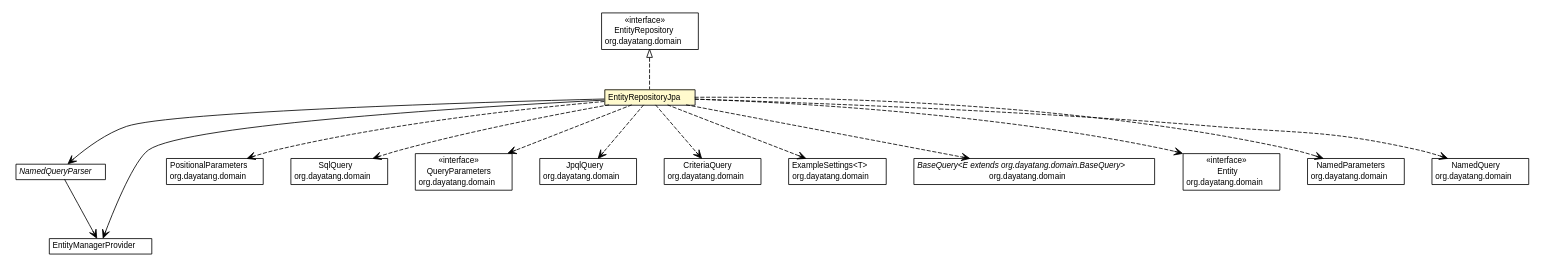
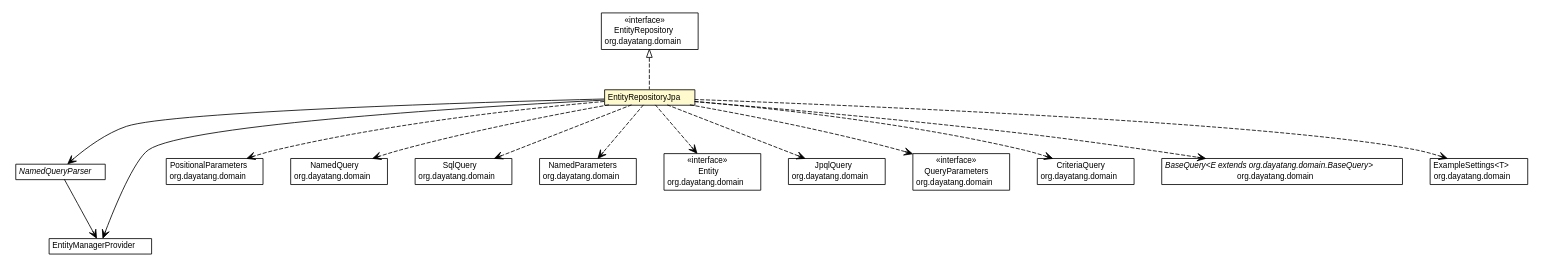
One commit to dayatang/dddlib changed the diagram in dddlib-persistence/dddlib-persistence-jpa/apidocs/org/dayatang/persistence/jpa/EntityRepositoryJpa.dot. Above: the diagram before and after it, drawn with Graphviz. The commit also changed 70 other files, not shown here.

```diff
--- a/dddlib-persistence/dddlib-persistence-jpa/apidocs/org/dayatang/persistence/jpa/EntityRepositoryJpa.dot
+++ b/dddlib-persistence/dddlib-persistence-jpa/apidocs/org/dayatang/persistence/jpa/EntityRepositoryJpa.dot
@@ -37,45 +37,52 @@
 	c52:p -> c53:p [taillabel="", label=" "headlabel="", fontname="Helvetica", fontcolor="black", fontsize=10.0, color="black", arrowhead=open];
 	// org.dayatang.persistence.jpa.EntityRepositoryJpa DEPEND org.dayatang.domain.PositionalParameters
 	c52:p -> c58:p [taillabel="", label=" "headlabel="", fontname="Helvetica", fontcolor="black", fontsize=10.0, color="black", arrowhead=open, style=dashed];
+	// org.dayatang.persistence.jpa.EntityRepositoryJpa DEPEND org.dayatang.domain.NamedQuery
+	c52:p -> c59:p [taillabel="", label=" "headlabel="", fontname="Helvetica", fontcolor="black", fontsize=10.0, color="black", arrowhead=open, style=dashed];
 	// org.dayatang.persistence.jpa.EntityRepositoryJpa DEPEND org.dayatang.domain.SqlQuery
-	c52:p -> c59:p [taillabel="", label=" "headlabel="", fontname="Helvetica", fontcolor="black", fontsize=10.0, color="black", arrowhead=open, style=dashed];
+	c52:p -> c60:p [taillabel="", label=" "headlabel="", fontname="Helvetica", fontcolor="black", fontsize=10.0, color="black", arrowhead=open, style=dashed];
+	// org.dayatang.persistence.jpa.EntityRepositoryJpa DEPEND org.dayatang.domain.NamedParameters
+	c52:p -> c61:p [taillabel="", label=" "headlabel="", fontname="Helvetica", fontcolor="black", fontsize=10.0, color="black", arrowhead=open, style=dashed];
+	// org.dayatang.persistence.jpa.EntityRepositoryJpa DEPEND org.dayatang.domain.Entity
+	c52:p -> c62:p [taillabel="", label=" "headlabel="", fontname="Helvetica", fontcolor="black", fontsize=10.0, color="black", arrowhead=open, style=dashed];
+	// org.dayatang.persistence.jpa.EntityRepositoryJpa DEPEND org.dayatang.domain.JpqlQuery
+	c52:p -> c63:p [taillabel="", label=" "headlabel="", fontname="Helvetica", fontcolor="black", fontsize=10.0, color="black", arrowhead=open, style=dashed];
 	// org.dayatang.persistence.jpa.EntityRepositoryJpa DEPEND org.dayatang.domain.QueryParameters
-	c52:p -> c60:p [taillabel="", label=" "headlabel="", fontname="Helvetica", fontcolor="black", fontsize=10.0, color="black", arrowhead=open, style=dashed];
-	// org.dayatang.persistence.jpa.EntityRepositoryJpa DEPEND org.dayatang.domain.JpqlQuery
-	c52:p -> c61:p [taillabel="", label=" "headlabel="", fontname="Helvetica", fontcolor="black", fontsize=10.0, color="black", arrowhead=open, style=dashed];
+	c52:p -> c64:p [taillabel="", label=" "headlabel="", fontname="Helvetica", fontcolor="black", fontsize=10.0, color="black", arrowhead=open, style=dashed];
 	// org.dayatang.persistence.jpa.EntityRepositoryJpa DEPEND org.dayatang.domain.CriteriaQuery
-	c52:p -> c62:p [taillabel="", label=" "headlabel="", fontname="Helvetica", fontcolor="black", fontsize=10.0, color="black", arrowhead=open, style=dashed];
+	c52:p -> c65:p [taillabel="", label=" "headlabel="", fontname="Helvetica", fontcolor="black", fontsize=10.0, color="black", arrowhead=open, style=dashed];
+	// org.dayatang.persistence.jpa.EntityRepositoryJpa DEPEND org.dayatang.domain.BaseQuery<E extends org.dayatang.domain.BaseQuery>
+	c52:p -> c66:p [taillabel="", label=" "headlabel="", fontname="Helvetica", fontcolor="black", fontsize=10.0, color="black", arrowhead=open, style=dashed];
 	// org.dayatang.persistence.jpa.EntityRepositoryJpa DEPEND org.dayatang.domain.ExampleSettings<T>
-	c52:p -> c63:p [taillabel="", label=" "headlabel="", fontname="Helvetica", fontcolor="black", fontsize=10.0, color="black", arrowhead=open, style=dashed];
-	// org.dayatang.persistence.jpa.EntityRepositoryJpa DEPEND org.dayatang.domain.BaseQuery<E extends org.dayatang.domain.BaseQuery>
-	c52:p -> c64:p [taillabel="", label=" "headlabel="", fontname="Helvetica", fontcolor="black", fontsize=10.0, color="black", arrowhead=open, style=dashed];
-	// org.dayatang.persistence.jpa.EntityRepositoryJpa DEPEND org.dayatang.domain.Entity
-	c52:p -> c65:p [taillabel="", label=" "headlabel="", fontname="Helvetica", fontcolor="black", fontsize=10.0, color="black", arrowhead=open, style=dashed];
-	// org.dayatang.persistence.jpa.EntityRepositoryJpa DEPEND org.dayatang.domain.NamedParameters
-	c52:p -> c66:p [taillabel="", label=" "headlabel="", fontname="Helvetica", fontcolor="black", fontsize=10.0, color="black", arrowhead=open, style=dashed];
-	// org.dayatang.persistence.jpa.EntityRepositoryJpa DEPEND org.dayatang.domain.NamedQuery
 	c52:p -> c67:p [taillabel="", label=" "headlabel="", fontname="Helvetica", fontcolor="black", fontsize=10.0, color="black", arrowhead=open, style=dashed];
 	// org.dayatang.domain.NamedParameters
-	c66 [label=<<table title="org.dayatang.domain.NamedParameters" border="0" cellborder="1" cellspacing="0" cellpadding="2" port="p" href="http://java.sun.com/j2se/1.4.2/docs/api/org/dayatang/domain/NamedParameters.html">
+	c61 [label=<<table title="org.dayatang.domain.NamedParameters" border="0" cellborder="1" cellspacing="0" cellpadding="2" port="p" href="http://java.sun.com/j2se/1.4.2/docs/api/org/dayatang/domain/NamedParameters.html">
 		<tr><td><table border="0" cellspacing="0" cellpadding="1">
 <tr><td align="center" balign="center"> NamedParameters </td></tr>
 <tr><td align="center" balign="center"> org.dayatang.domain </td></tr>
 		</table></td></tr>
 		</table>>, URL="http://java.sun.com/j2se/1.4.2/docs/api/org/dayatang/domain/NamedParameters.html", fontname="Helvetica", fontcolor="black", fontsize=10.0];
 	// org.dayatang.domain.ExampleSettings<T>
-	c63 [label=<<table title="org.dayatang.domain.ExampleSettings" border="0" cellborder="1" cellspacing="0" cellpadding="2" port="p" href="http://java.sun.com/j2se/1.4.2/docs/api/org/dayatang/domain/ExampleSettings.html">
+	c67 [label=<<table title="org.dayatang.domain.ExampleSettings" border="0" cellborder="1" cellspacing="0" cellpadding="2" port="p" href="http://java.sun.com/j2se/1.4.2/docs/api/org/dayatang/domain/ExampleSettings.html">
 		<tr><td><table border="0" cellspacing="0" cellpadding="1">
 <tr><td align="center" balign="center"> ExampleSettings&lt;T&gt; </td></tr>
 <tr><td align="center" balign="center"> org.dayatang.domain </td></tr>
 		</table></td></tr>
 		</table>>, URL="http://java.sun.com/j2se/1.4.2/docs/api/org/dayatang/domain/ExampleSettings.html", fontname="Helvetica", fontcolor="black", fontsize=10.0];
 	// org.dayatang.domain.CriteriaQuery
-	c62 [label=<<table title="org.dayatang.domain.CriteriaQuery" border="0" cellborder="1" cellspacing="0" cellpadding="2" port="p" href="http://java.sun.com/j2se/1.4.2/docs/api/org/dayatang/domain/CriteriaQuery.html">
+	c65 [label=<<table title="org.dayatang.domain.CriteriaQuery" border="0" cellborder="1" cellspacing="0" cellpadding="2" port="p" href="http://java.sun.com/j2se/1.4.2/docs/api/org/dayatang/domain/CriteriaQuery.html">
 		<tr><td><table border="0" cellspacing="0" cellpadding="1">
 <tr><td align="center" balign="center"> CriteriaQuery </td></tr>
 <tr><td align="center" balign="center"> org.dayatang.domain </td></tr>
 		</table></td></tr>
 		</table>>, URL="http://java.sun.com/j2se/1.4.2/docs/api/org/dayatang/domain/CriteriaQuery.html", fontname="Helvetica", fontcolor="black", fontsize=10.0];
+	// org.dayatang.domain.NamedQuery
+	c59 [label=<<table title="org.dayatang.domain.NamedQuery" border="0" cellborder="1" cellspacing="0" cellpadding="2" port="p" href="http://java.sun.com/j2se/1.4.2/docs/api/org/dayatang/domain/NamedQuery.html">
+		<tr><td><table border="0" cellspacing="0" cellpadding="1">
+<tr><td align="center" balign="center"> NamedQuery </td></tr>
+<tr><td align="center" balign="center"> org.dayatang.domain </td></tr>
+		</table></td></tr>
+		</table>>, URL="http://java.sun.com/j2se/1.4.2/docs/api/org/dayatang/domain/NamedQuery.html", fontname="Helvetica", fontcolor="black", fontsize=10.0];
 	// org.dayatang.domain.PositionalParameters
 	c58 [label=<<table title="org.dayatang.domain.PositionalParameters" border="0" cellborder="1" cellspacing="0" cellpadding="2" port="p" href="http://java.sun.com/j2se/1.4.2/docs/api/org/dayatang/domain/PositionalParameters.html">
 		<tr><td><table border="0" cellspacing="0" cellpadding="1">
@@ -83,15 +90,8 @@
 <tr><td align="center" balign="center"> org.dayatang.domain </td></tr>
 		</table></td></tr>
 		</table>>, URL="http://java.sun.com/j2se/1.4.2/docs/api/org/dayatang/domain/PositionalParameters.html", fontname="Helvetica", fontcolor="black", fontsize=10.0];
-	// org.dayatang.domain.NamedQuery
-	c67 [label=<<table title="org.dayatang.domain.NamedQuery" border="0" cellborder="1" cellspacing="0" cellpadding="2" port="p" href="http://java.sun.com/j2se/1.4.2/docs/api/org/dayatang/domain/NamedQuery.html">
-		<tr><td><table border="0" cellspacing="0" cellpadding="1">
-<tr><td align="center" balign="center"> NamedQuery </td></tr>
-<tr><td align="center" balign="center"> org.dayatang.domain </td></tr>
-		</table></td></tr>
-		</table>>, URL="http://java.sun.com/j2se/1.4.2/docs/api/org/dayatang/domain/NamedQuery.html", fontname="Helvetica", fontcolor="black", fontsize=10.0];
 	// org.dayatang.domain.QueryParameters
-	c60 [label=<<table title="org.dayatang.domain.QueryParameters" border="0" cellborder="1" cellspacing="0" cellpadding="2" port="p" href="http://java.sun.com/j2se/1.4.2/docs/api/org/dayatang/domain/QueryParameters.html">
+	c64 [label=<<table title="org.dayatang.domain.QueryParameters" border="0" cellborder="1" cellspacing="0" cellpadding="2" port="p" href="http://java.sun.com/j2se/1.4.2/docs/api/org/dayatang/domain/QueryParameters.html">
 		<tr><td><table border="0" cellspacing="0" cellpadding="1">
 <tr><td align="center" balign="center"> &#171;interface&#187; </td></tr>
 <tr><td align="center" balign="center"> QueryParameters </td></tr>
@@ -99,14 +99,14 @@
 		</table></td></tr>
 		</table>>, URL="http://java.sun.com/j2se/1.4.2/docs/api/org/dayatang/domain/QueryParameters.html", fontname="Helvetica", fontcolor="black", fontsize=10.0];
 	// org.dayatang.domain.JpqlQuery
-	c61 [label=<<table title="org.dayatang.domain.JpqlQuery" border="0" cellborder="1" cellspacing="0" cellpadding="2" port="p" href="http://java.sun.com/j2se/1.4.2/docs/api/org/dayatang/domain/JpqlQuery.html">
+	c63 [label=<<table title="org.dayatang.domain.JpqlQuery" border="0" cellborder="1" cellspacing="0" cellpadding="2" port="p" href="http://java.sun.com/j2se/1.4.2/docs/api/org/dayatang/domain/JpqlQuery.html">
 		<tr><td><table border="0" cellspacing="0" cellpadding="1">
 <tr><td align="center" balign="center"> JpqlQuery </td></tr>
 <tr><td align="center" balign="center"> org.dayatang.domain </td></tr>
 		</table></td></tr>
 		</table>>, URL="http://java.sun.com/j2se/1.4.2/docs/api/org/dayatang/domain/JpqlQuery.html", fontname="Helvetica", fontcolor="black", fontsize=10.0];
 	// org.dayatang.domain.SqlQuery
-	c59 [label=<<table title="org.dayatang.domain.SqlQuery" border="0" cellborder="1" cellspacing="0" cellpadding="2" port="p" href="http://java.sun.com/j2se/1.4.2/docs/api/org/dayatang/domain/SqlQuery.html">
+	c60 [label=<<table title="org.dayatang.domain.SqlQuery" border="0" cellborder="1" cellspacing="0" cellpadding="2" port="p" href="http://java.sun.com/j2se/1.4.2/docs/api/org/dayatang/domain/SqlQuery.html">
 		<tr><td><table border="0" cellspacing="0" cellpadding="1">
 <tr><td align="center" balign="center"> SqlQuery </td></tr>
 <tr><td align="center" balign="center"> org.dayatang.domain </td></tr>
@@ -120,19 +120,19 @@
 <tr><td align="center" balign="center"> org.dayatang.domain </td></tr>
 		</table></td></tr>
 		</table>>, URL="http://java.sun.com/j2se/1.4.2/docs/api/org/dayatang/domain/EntityRepository.html", fontname="Helvetica", fontcolor="black", fontsize=10.0];
-	// org.dayatang.domain.BaseQuery<E extends org.dayatang.domain.BaseQuery>
-	c64 [label=<<table title="org.dayatang.domain.BaseQuery" border="0" cellborder="1" cellspacing="0" cellpadding="2" port="p" href="http://java.sun.com/j2se/1.4.2/docs/api/org/dayatang/domain/BaseQuery.html">
-		<tr><td><table border="0" cellspacing="0" cellpadding="1">
-<tr><td align="center" balign="center"><font face="Helvetica-Oblique"> BaseQuery&lt;E extends org.dayatang.domain.BaseQuery&gt; </font></td></tr>
-<tr><td align="center" balign="center"> org.dayatang.domain </td></tr>
-		</table></td></tr>
-		</table>>, URL="http://java.sun.com/j2se/1.4.2/docs/api/org/dayatang/domain/BaseQuery.html", fontname="Helvetica", fontcolor="black", fontsize=10.0];
 	// org.dayatang.domain.Entity
-	c65 [label=<<table title="org.dayatang.domain.Entity" border="0" cellborder="1" cellspacing="0" cellpadding="2" port="p" href="http://java.sun.com/j2se/1.4.2/docs/api/org/dayatang/domain/Entity.html">
+	c62 [label=<<table title="org.dayatang.domain.Entity" border="0" cellborder="1" cellspacing="0" cellpadding="2" port="p" href="http://java.sun.com/j2se/1.4.2/docs/api/org/dayatang/domain/Entity.html">
 		<tr><td><table border="0" cellspacing="0" cellpadding="1">
 <tr><td align="center" balign="center"> &#171;interface&#187; </td></tr>
 <tr><td align="center" balign="center"> Entity </td></tr>
 <tr><td align="center" balign="center"> org.dayatang.domain </td></tr>
 		</table></td></tr>
 		</table>>, URL="http://java.sun.com/j2se/1.4.2/docs/api/org/dayatang/domain/Entity.html", fontname="Helvetica", fontcolor="black", fontsize=10.0];
+	// org.dayatang.domain.BaseQuery<E extends org.dayatang.domain.BaseQuery>
+	c66 [label=<<table title="org.dayatang.domain.BaseQuery" border="0" cellborder="1" cellspacing="0" cellpadding="2" port="p" href="http://java.sun.com/j2se/1.4.2/docs/api/org/dayatang/domain/BaseQuery.html">
+		<tr><td><table border="0" cellspacing="0" cellpadding="1">
+<tr><td align="center" balign="center"><font face="Helvetica-Oblique"> BaseQuery&lt;E extends org.dayatang.domain.BaseQuery&gt; </font></td></tr>
+<tr><td align="center" balign="center"> org.dayatang.domain </td></tr>
+		</table></td></tr>
+		</table>>, URL="http://java.sun.com/j2se/1.4.2/docs/api/org/dayatang/domain/BaseQuery.html", fontname="Helvetica", fontcolor="black", fontsize=10.0];
 }
```
